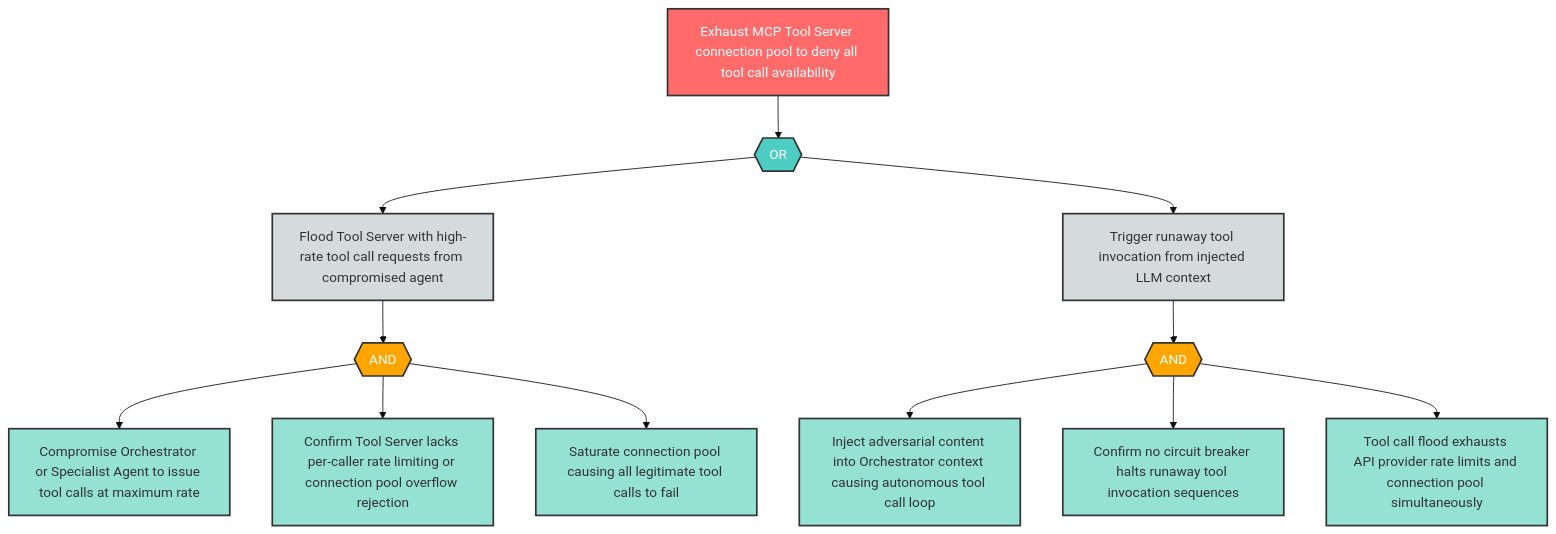
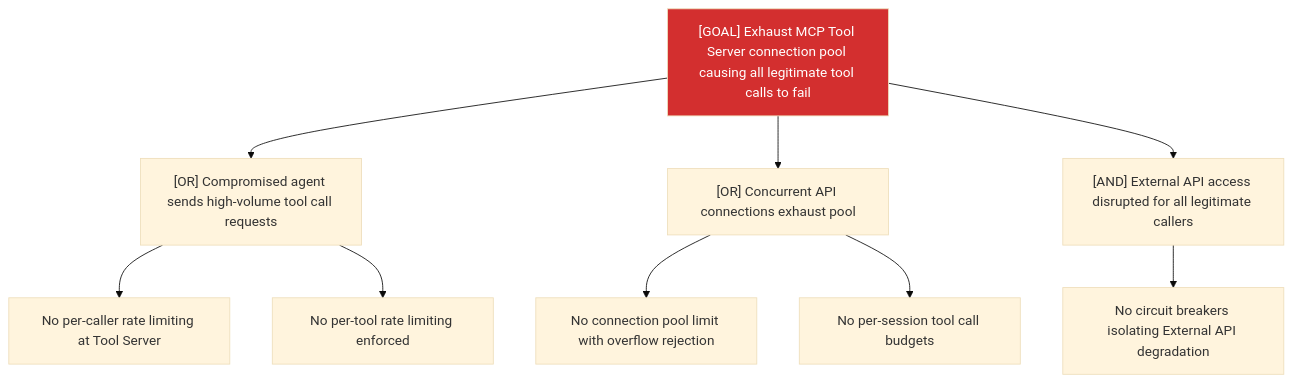
One commit to q-qp-p/davidmatousek-tachi changed the diagram in examples/agentic-app/sample-report/attack-trees/D-5-attack-tree.md. Above: the diagram before and after it, drawn with Mermaid (base theme). The commit also changed other lines of this file and 132 other files, not shown here.

````diff
--- a/examples/agentic-app/sample-report/attack-trees/D-5-attack-tree.md
+++ b/examples/agentic-app/sample-report/attack-trees/D-5-attack-tree.md
@@ -8,39 +7,14 @@
 ```mermaid
-flowchart TD
-    D5_root["Exhaust MCP Tool Server connection pool to deny all tool call availability"]
-    D5_or1{{"OR"}}
-    D5_sub1["Flood Tool Server with high-rate tool call requests from compromised agent"]
-    D5_sub2["Trigger runaway tool invocation from injected LLM context"]
-    D5_and1{{"AND"}}
-    D5_leaf1["Compromise Orchestrator or Specialist Agent to issue tool calls at maximum rate"]
-    D5_leaf2["Confirm Tool Server lacks per-caller rate limiting or connection pool overflow rejection"]
-    D5_leaf3["Saturate connection pool causing all legitimate tool calls to fail"]
-    D5_and2{{"AND"}}
-    D5_leaf4["Inject adversarial content into Orchestrator context causing autonomous tool call loop"]
-    D5_leaf5["Confirm no circuit breaker halts runaway tool invocation sequences"]
-    D5_leaf6["Tool call flood exhausts API provider rate limits and connection pool simultaneously"]
-
-    D5_root --> D5_or1
-    D5_or1 --> D5_sub1
-    D5_or1 --> D5_sub2
-    D5_sub1 --> D5_and1
-    D5_and1 --> D5_leaf1
-    D5_and1 --> D5_leaf2
-    D5_and1 --> D5_leaf3
-    D5_sub2 --> D5_and2
-    D5_and2 --> D5_leaf4
-    D5_and2 --> D5_leaf5
-    D5_and2 --> D5_leaf6
-
-    classDef goal fill:#ff6b6b,stroke:#333,stroke-width:2px,color:#fff
-    classDef andGate fill:#ffa500,stroke:#333,stroke-width:2px,color:#fff
-    classDef orGate fill:#4ecdc4,stroke:#333,stroke-width:2px,color:#fff
-    classDef subGoal fill:#d5dbdb,stroke:#333,stroke-width:2px,color:#333
-    classDef leaf fill:#95e1d3,stroke:#333,stroke-width:2px,color:#333
-
-    class D5_root goal
-    class D5_or1 orGate
-    class D5_and1,D5_and2 andGate
-    class D5_sub1,D5_sub2 subGoal
-    class D5_leaf1,D5_leaf2,D5_leaf3,D5_leaf4,D5_leaf5,D5_leaf6 leaf
+graph TD
+    Goal["[GOAL] Exhaust MCP Tool Server connection pool causing all legitimate tool calls to fail"]
+    Goal --> A["[OR] Compromised agent sends high-volume tool call requests"]
+    A --> A1["No per-caller rate limiting at Tool Server"]
+    A --> A2["No per-tool rate limiting enforced"]
+    Goal --> B["[OR] Concurrent API connections exhaust pool"]
+    B --> B1["No connection pool limit with overflow rejection"]
+    B --> B2["No per-session tool call budgets"]
+    Goal --> C["[AND] External API access disrupted for all legitimate callers"]
+    C --> C1["No circuit breakers isolating External API degradation"]
+    classDef critical fill:#d32f2f,color:#fff
+    class Goal critical
 ```
````
